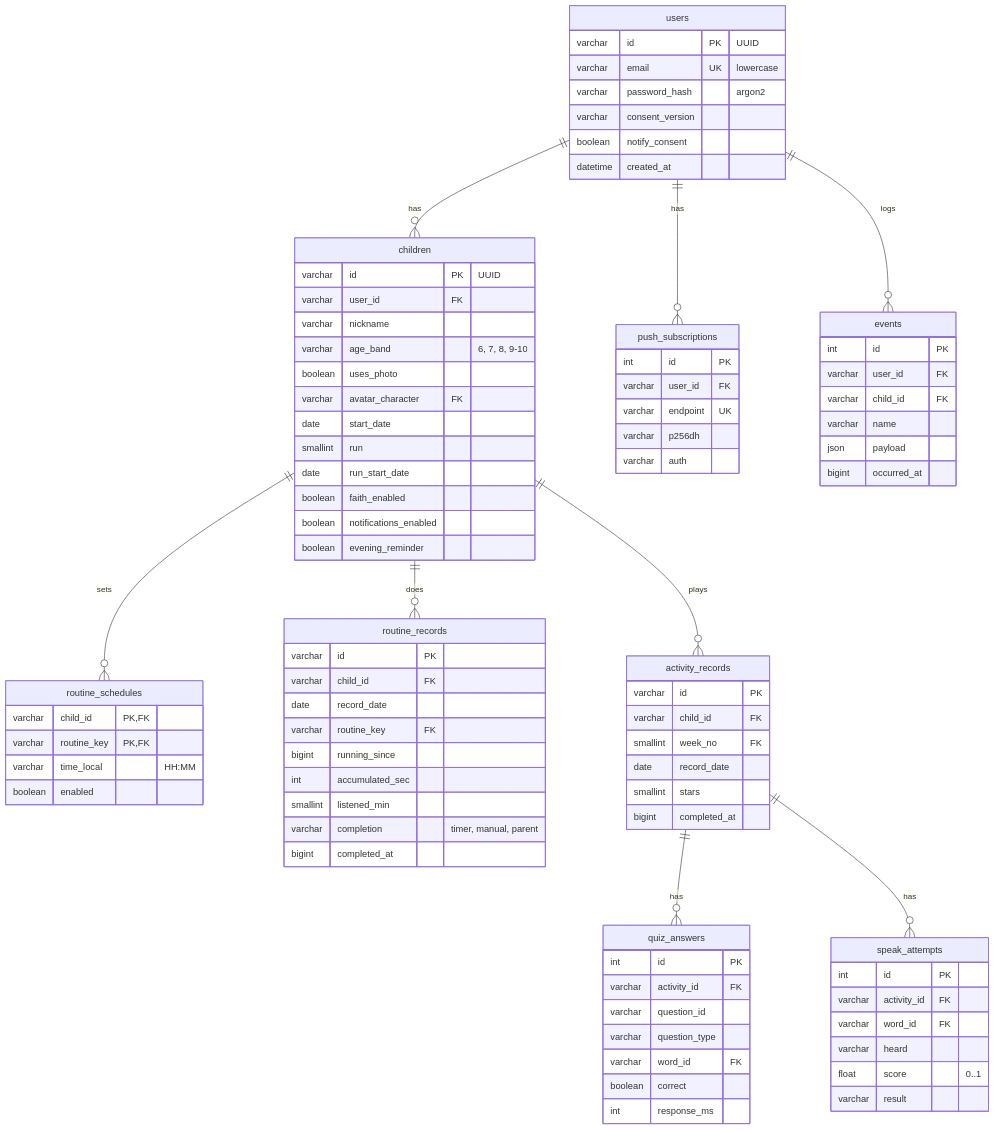
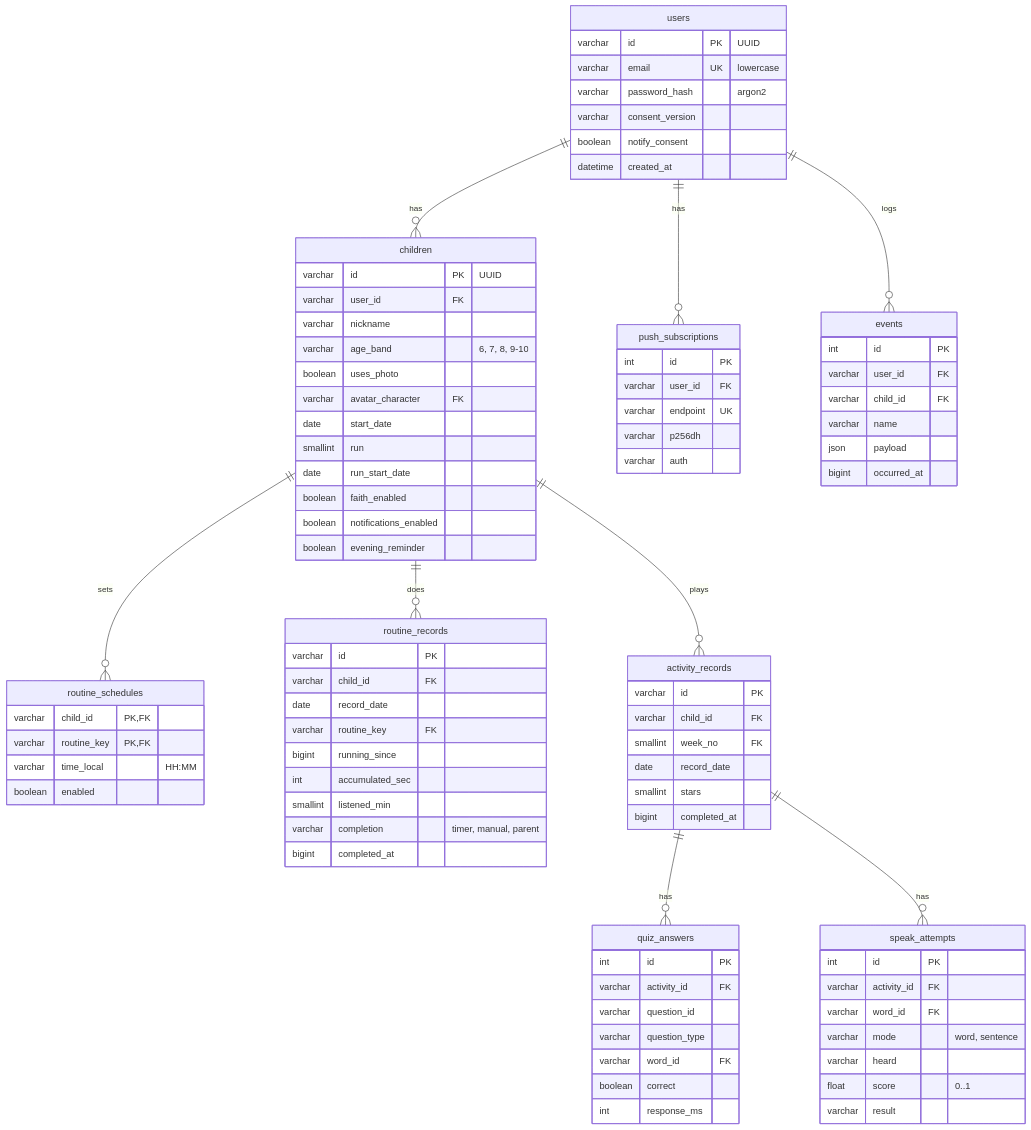
Before and after one commit to lala-david/app: the third of 3 diagrams in docs/src/05-데이터베이스-설계서.md, drawn with Mermaid. The commit also changed other lines of this file and 114 other files, not shown here.

```diff
--- a/docs/src/05-데이터베이스-설계서.md
+++ b/docs/src/05-데이터베이스-설계서.md
@@ -170,6 +170,7 @@
     int id PK
     varchar activity_id FK
     varchar word_id FK
+    varchar mode "word, sentence"
     varchar heard
     float score "0..1"
     varchar result
```
